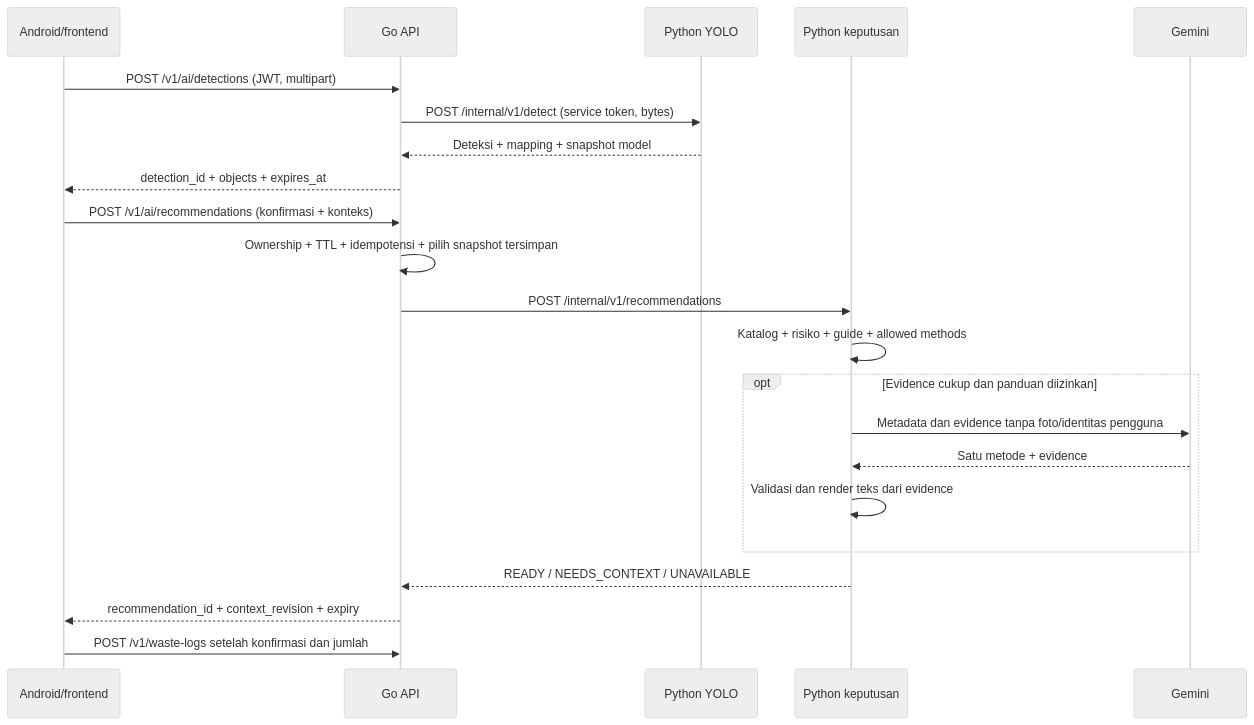
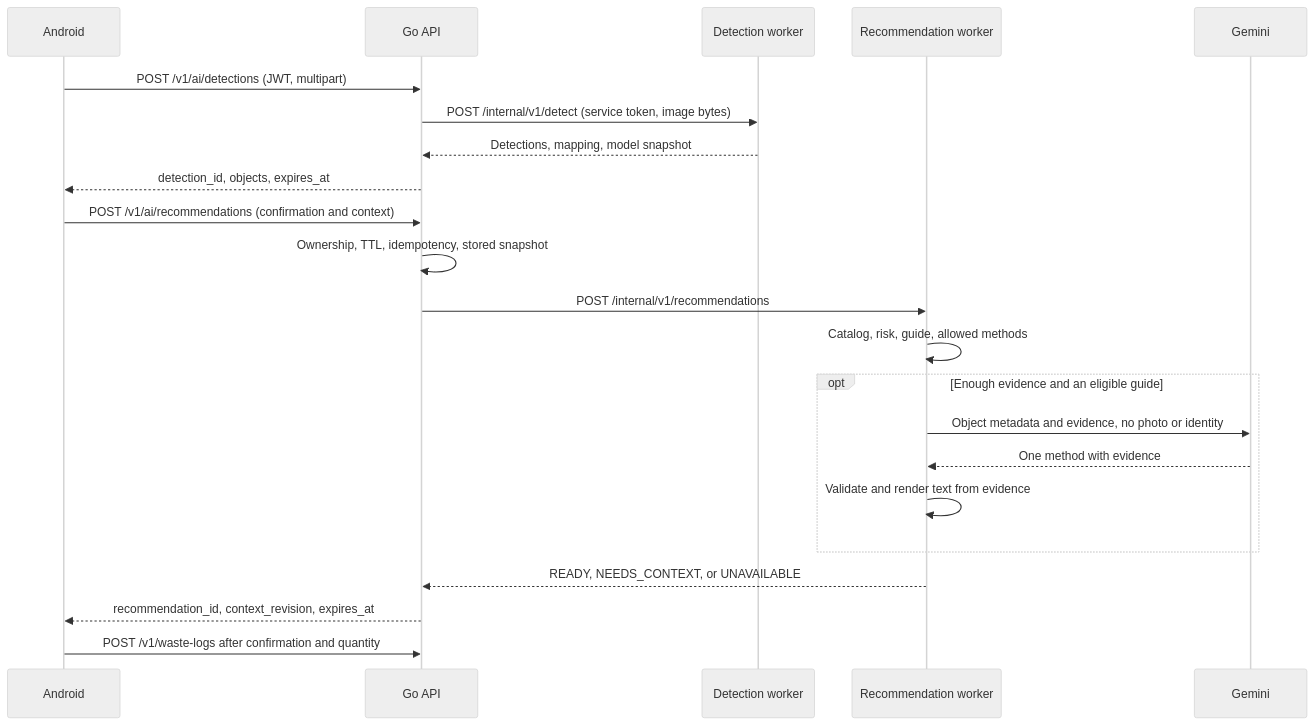
Before and after one commit to waste-not-app/waste-not-ai: the diagram in docs/AI_HTTP_CONTRACT.md, drawn with Mermaid (neutral theme). The commit also changed other lines of this file, not shown here.

Commit message:
docs: rewrite AI HTTP contract guide in English

````diff
--- a/docs/AI_HTTP_CONTRACT.md
+++ b/docs/AI_HTTP_CONTRACT.md
@@ -57,24 +52,24 @@
 ```mermaid
 sequenceDiagram
-    participant A as Android/frontend
+    participant A as Android
     participant G as Go API
-    participant Y as Python YOLO
-    participant P as Python keputusan
+    participant Y as Detection worker
+    participant P as Recommendation worker
     participant L as Gemini
     A->>G: POST /v1/ai/detections (JWT, multipart)
-    G->>Y: POST /internal/v1/detect (service token, bytes)
-    Y-->>G: Deteksi + mapping + snapshot model
-    G-->>A: detection_id + objects + expires_at
-    A->>G: POST /v1/ai/recommendations (konfirmasi + konteks)
-    G->>G: Ownership + TTL + idempotensi + pilih snapshot tersimpan
+    G->>Y: POST /internal/v1/detect (service token, image bytes)
+    Y-->>G: Detections, mapping, model snapshot
+    G-->>A: detection_id, objects, expires_at
+    A->>G: POST /v1/ai/recommendations (confirmation and context)
+    G->>G: Ownership, TTL, idempotency, stored snapshot
     G->>P: POST /internal/v1/recommendations
-    P->>P: Katalog + risiko + guide + allowed methods
-    opt Evidence cukup dan panduan diizinkan
-        P->>L: Metadata dan evidence tanpa foto/identitas pengguna
-        L-->>P: Satu metode + evidence
-        P->>P: Validasi dan render teks dari evidence
+    P->>P: Catalog, risk, guide, allowed methods
+    opt Enough evidence and an eligible guide
+        P->>L: Object metadata and evidence, no photo or identity
+        L-->>P: One method with evidence
+        P->>P: Validate and render text from evidence
     end
-    P-->>G: READY / NEEDS_CONTEXT / UNAVAILABLE
-    G-->>A: recommendation_id + context_revision + expiry
-    A->>G: POST /v1/waste-logs setelah konfirmasi dan jumlah
+    P-->>G: READY, NEEDS_CONTEXT, or UNAVAILABLE
+    G-->>A: recommendation_id, context_revision, expires_at
+    A->>G: POST /v1/waste-logs after confirmation and quantity
 ```
````
